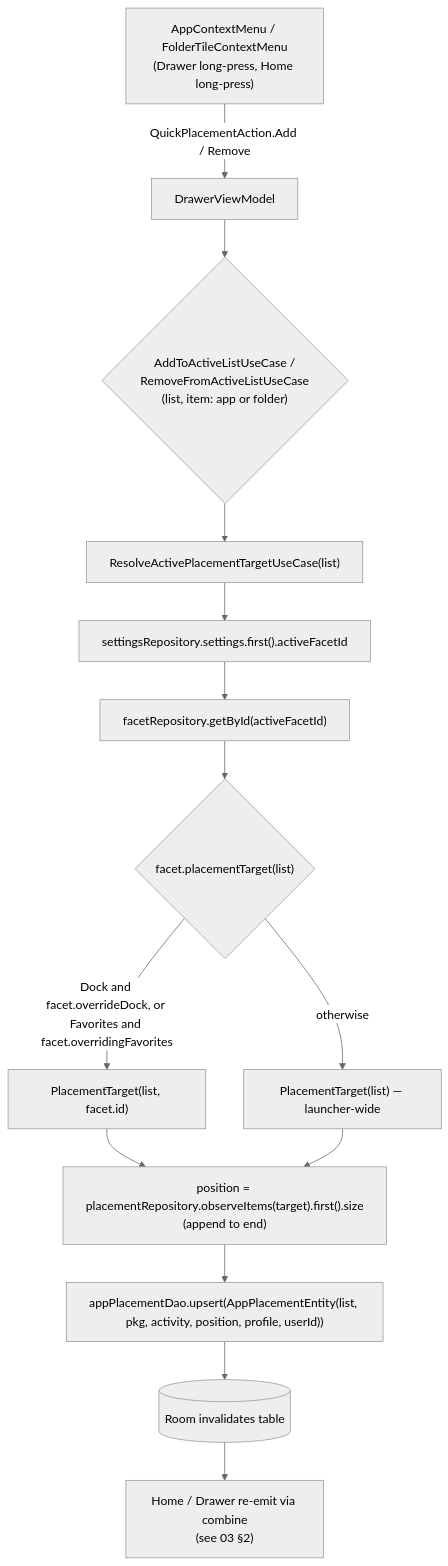
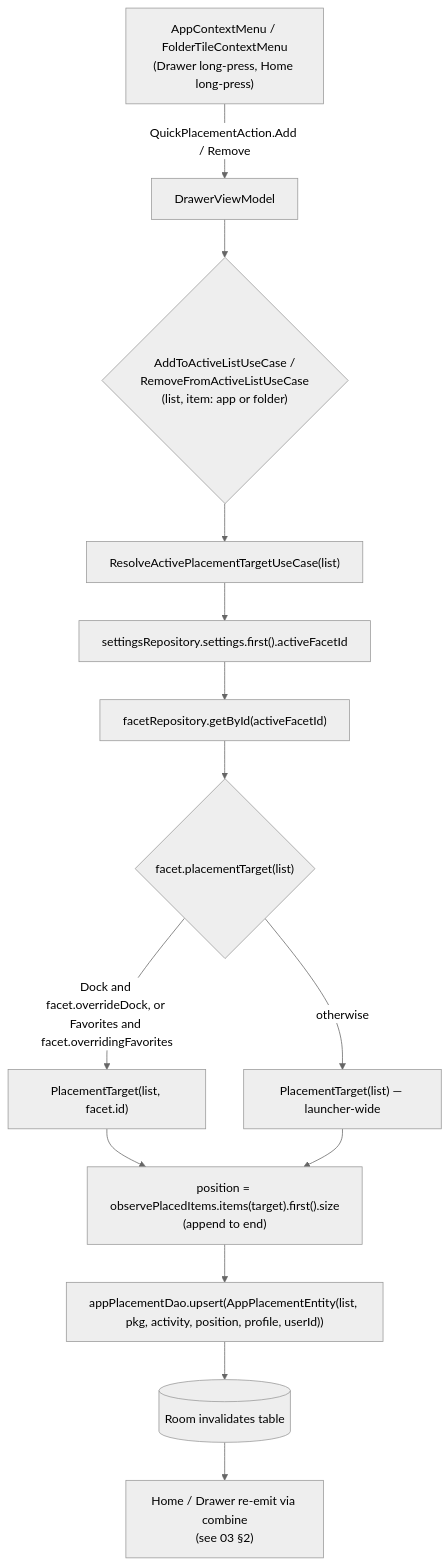
The first of 3 diagrams in docs/architecture/08-flow-placements.md (rohitganjam/facet-launcher), drawn with Mermaid (neutral theme) before and after one commit. The commit also changed 59 other files, not shown here.

First line of the commit message:
Layering cleanups: ObservePlacedItemsUseCase, injected drawer/calendar use cases

````diff
--- a/docs/architecture/08-flow-placements.md
+++ b/docs/architecture/08-flow-placements.md
@@ -14,15 +14,15 @@
 ```mermaid
 flowchart TB
     UI["AppContextMenu / FolderTileContextMenu\n(Drawer long-press, Home long-press)"] -- "QuickPlacementAction.Add / Remove" --> DVM[DrawerViewModel]
     DVM --> UC{"AddToActiveListUseCase /\nRemoveFromActiveListUseCase\n(list, item: app or folder)"}
     UC --> RT["ResolveActivePlacementTargetUseCase(list)"]
     RT --> S["settingsRepository.settings.first().activeFacetId"]
     S --> F["facetRepository.getById(activeFacetId)"]
     F --> D{"facet.placementTarget(list)"}
     D -- "Dock and facet.overrideDock, or Favorites and facet.overridingFavorites" --> T1["PlacementTarget(list, facet.id)"]
     D -- "otherwise" --> T2["PlacementTarget(list) — launcher-wide"]
-    T1 & T2 --> POS["position = placementRepository.observeItems(target).first().size\n(append to end)"]
+    T1 & T2 --> POS["position = observePlacedItems.items(target).first().size\n(append to end)"]
     POS --> DAO["appPlacementDao.upsert(AppPlacementEntity(list, pkg, activity, position, profile, userId))"]
     DAO --> ROOM[(Room invalidates table)]
     ROOM --> HOME["Home / Drawer re-emit via combine\n(see 03 §2)"]
 ```
````
